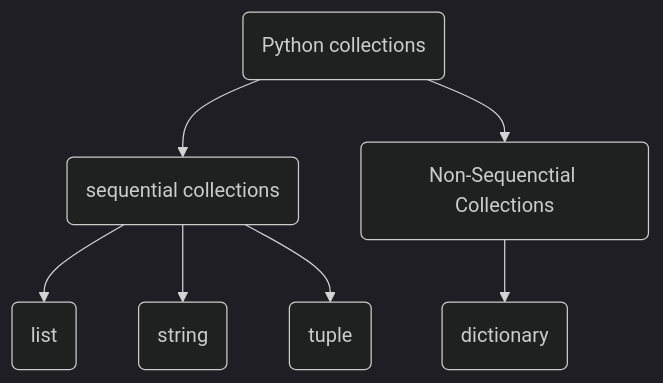
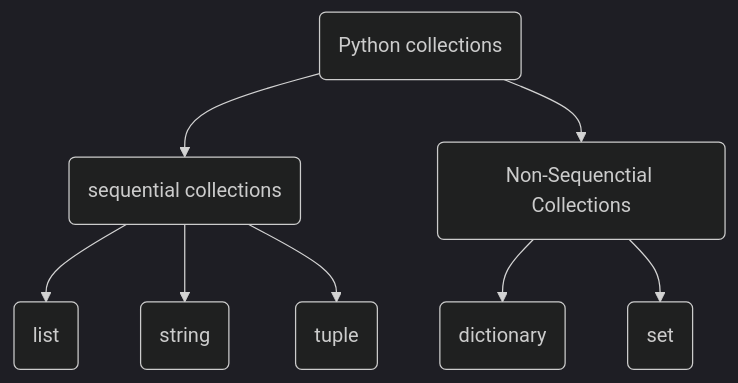
The diagram in code/python/origin/collection.md (chrgu000/my_note), drawn with Mermaid (dark theme) before and after one commit. The commit also changed 1 other file, not shown here.

````diff
--- a/code/python/origin/collection.md
+++ b/code/python/origin/collection.md
@@ -1,9 +1,10 @@
 ```mermaid
 graph TD
 A(Python collections) --> B(sequential collections)
 A -->C(Non-Sequenctial Collections)
 B --> D(list)
 B --> E(string)
 B --> F(tuple)
 C --> G(dictionary)
+C --> H(set)
 ```
````
